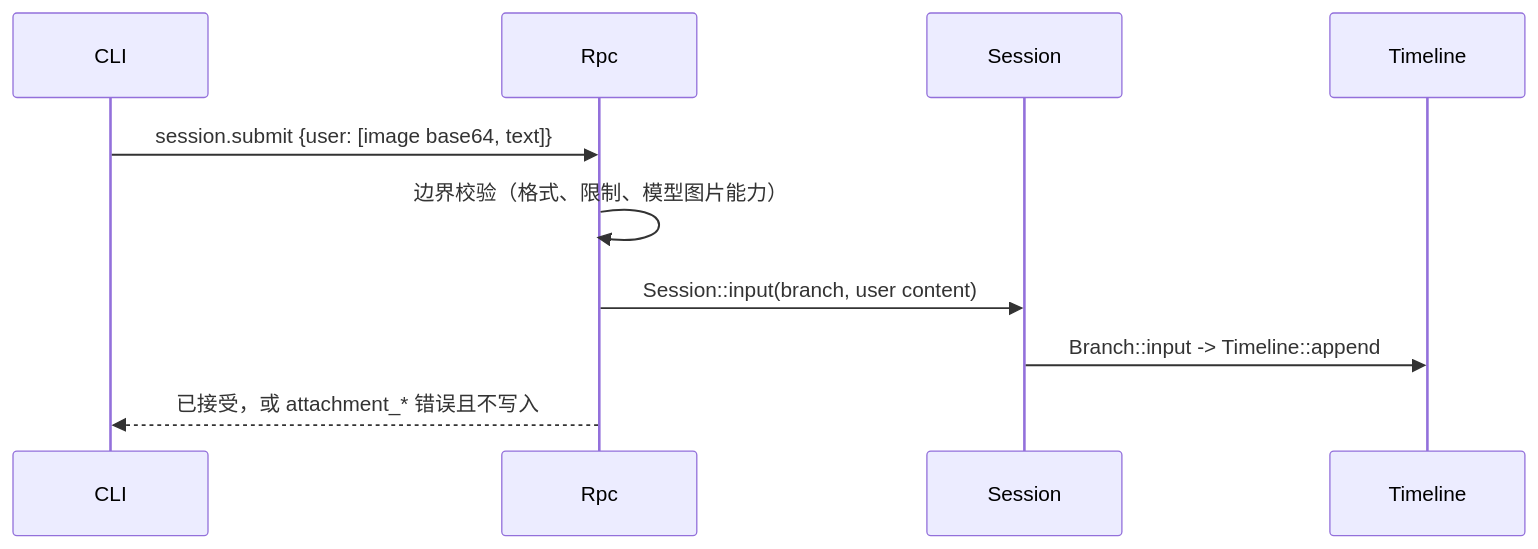
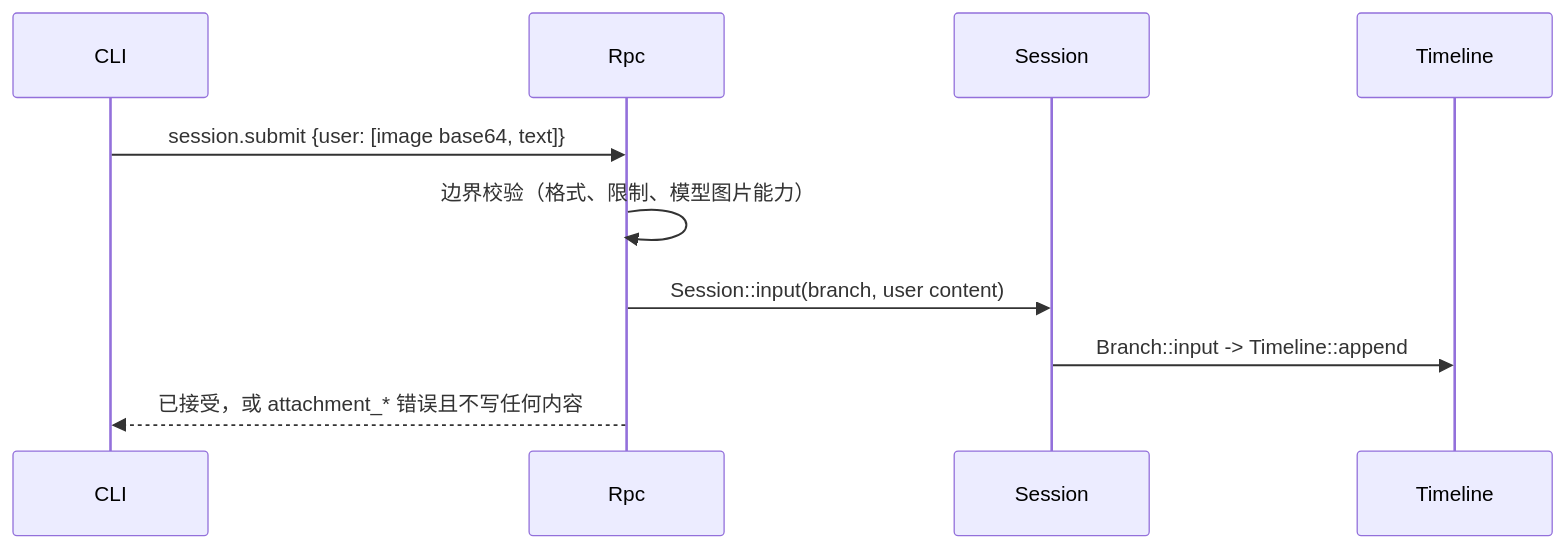
Before and after one commit to CoutinhoTTS/dim-agent: the third of 4 diagrams in docs/zh/design/plugins/Attachments.md, drawn with Mermaid. The commit also changed other lines of this file and 18 other files, not shown here.

````diff
--- a/docs/zh/design/plugins/Attachments.md
+++ b/docs/zh/design/plugins/Attachments.md
@@ -60,12 +60,12 @@
 ```mermaid
 sequenceDiagram
   participant C as CLI
   participant R as Rpc
   participant SA as Session
   participant TL as Timeline
   C->>R: session.submit {user: [image base64, text]}
   R->>R: 边界校验（格式、限制、模型图片能力）
   R->>SA: Session::input(branch, user content)
   SA->>TL: Branch::input -> Timeline::append
-  R-->>C: 已接受，或 attachment_* 错误且不写入
+  R-->>C: 已接受，或 attachment_* 错误且不写任何内容
 ```
````
